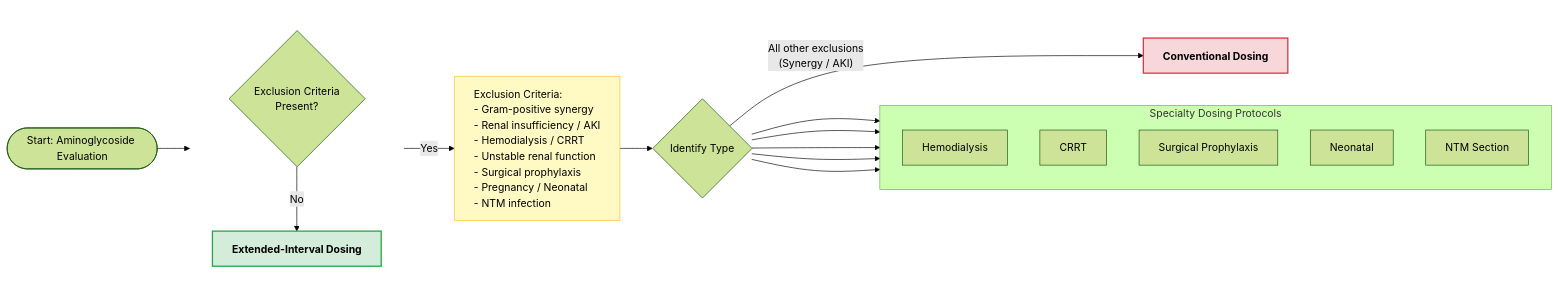
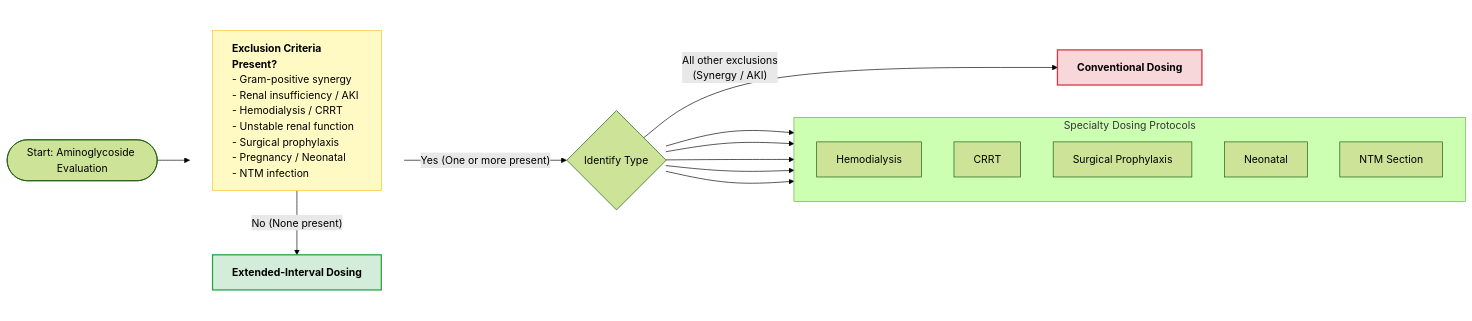
The diagram in dosing-strategy.md (shemtsai/Aminoglycoside-Calculator), drawn with Mermaid (forest theme) before and after one commit.

````diff
--- a/dosing-strategy.md
+++ b/dosing-strategy.md
@@ -38,41 +38,39 @@
 ```mermaid
 flowchart LR
-    Start([Start: Aminoglycoside Evaluation]) --> Criteria{Exclusion Criteria<br/>Present?}
+    Start([Start: Aminoglycoside Evaluation]) --> Criteria[<b>Exclusion Criteria Present?</b><br/>- Gram-positive synergy<br/>- Renal insufficiency / AKI<br/>- Hemodialysis / CRRT<br/>- Unstable renal function<br/>- Surgical prophylaxis<br/>- Pregnancy / Neonatal<br/>- NTM infection]
     
-    %% The "No" path drops vertically
+    style Criteria fill:#fff9c4,stroke:#fbc02d,text-align:left
+
+    %% THE VERTICAL DROP
     subgraph Main_Path [ ]
         direction TB
         Criteria
         EI[<b>Extended-Interval Dosing</b>]
     end
-    Criteria -- No --> EI
+    Criteria -- "No (None present)" --> EI
     style EI fill:#d4edda,stroke:#28a745,stroke-width:2px
     style Main_Path fill:none,stroke:none
 
-    %% The "Yes" path leads to the List
-    Criteria -- Yes --> List[Exclusion Criteria:<br/>- Gram-positive synergy<br/>- Renal insufficiency / AKI<br/>- Hemodialysis / CRRT<br/>- Unstable renal function<br/>- Surgical prophylaxis<br/>- Pregnancy / Neonatal<br/>- NTM infection]
-    style List fill:#fff9c4,stroke:#fbc02d,text-align:left
+    %% THE HORIZONTAL BRANCH
+    Criteria -- "Yes (One or more present)" --> ExclusionType{Identify Type}
 
-    %% Identify Type logic with a default
-    List --> ExclusionType{Identify Type}
-
-    %% Default Path (Synergy, AKI, or other)
+    %% Default Path
     ExclusionType -- "All other exclusions<br/>(Synergy / AKI)" --> F[<b>Conventional Dosing</b>]
     style F fill:#f8d7da,stroke:#dc3545,stroke-width:2px
 
     %% Specialty protocols branch out
     subgraph Specialty_Protocols [Specialty Dosing Protocols]
         direction TB
         G[Hemodialysis]
         H[CRRT]
         I[Surgical Prophylaxis]
         J[Neonatal]
         K[NTM Section]
     end
 
     ExclusionType --> G
     ExclusionType --> H
     ExclusionType --> I
     ExclusionType --> J
     ExclusionType --> K
 ```
````
